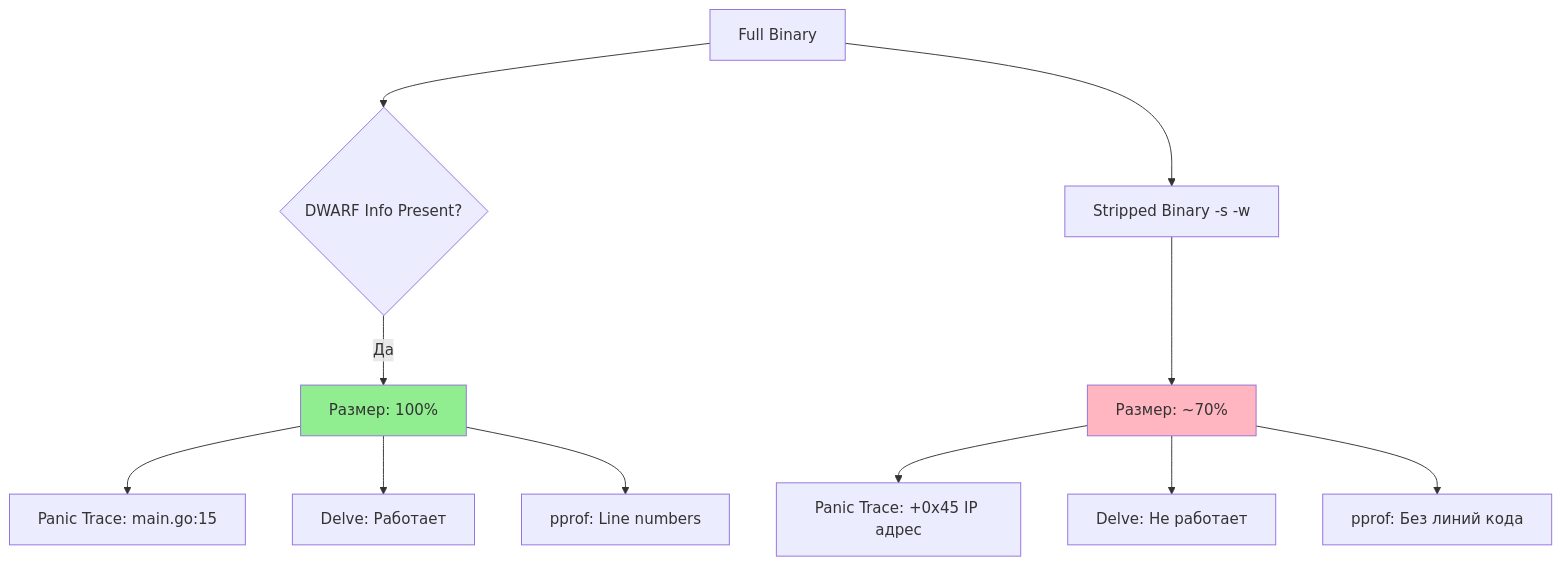
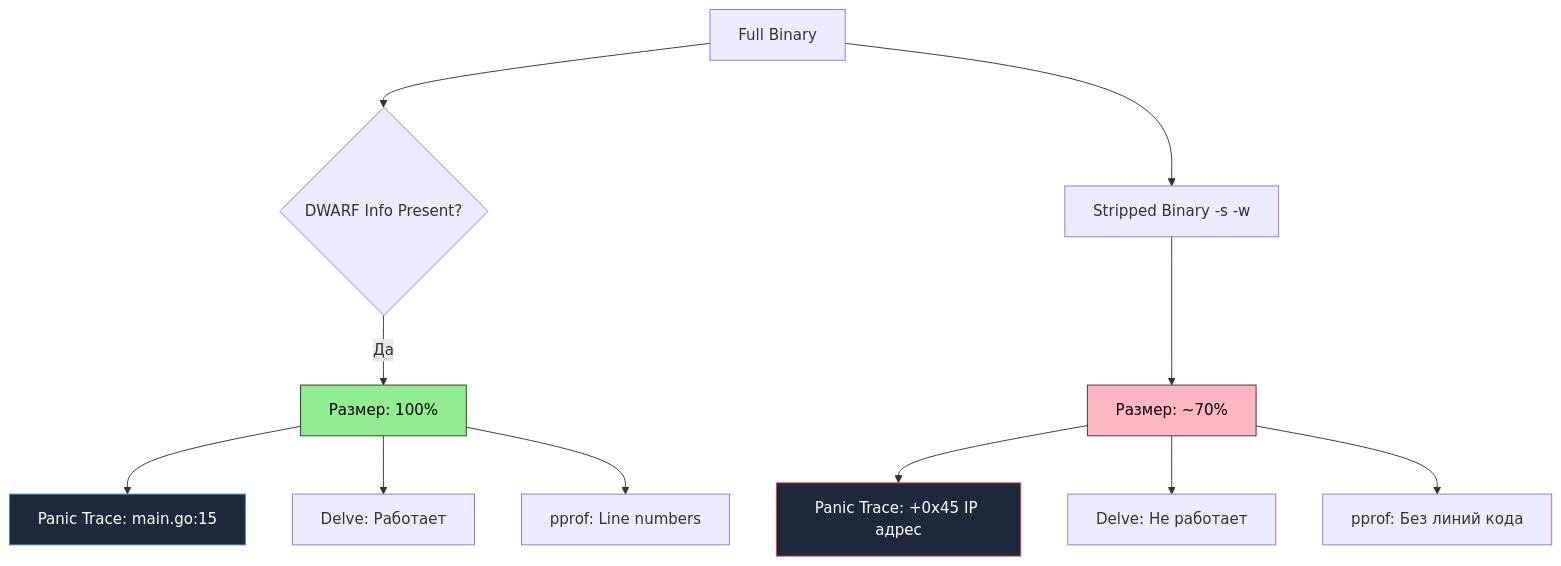
The diagram in sources/8. Инфраструктура языка, Тулинг и CI_CD/35. Debug сборки и символы.md (UnrealTemplier/go-textbook), drawn with Mermaid before and after one commit. The commit also changed other lines of this file, not shown here.

````diff
--- a/sources/8. Инфраструктура языка, Тулинг и CI_CD/35. Debug сборки и символы.md
+++ b/sources/8. Инфраструктура языка, Тулинг и CI_CD/35. Debug сборки и символы.md
@@ -36,17 +48,19 @@
 ```mermaid
 flowchart TD
     A["Full Binary"] --> B{DWARF Info Present?}
     B -- "Да" --> C["Размер: 100%"]
     C --> D["Panic Trace: main.go:15"]
     C --> E["Delve: Работает"]
     C --> F["pprof: Line numbers"]
     
     A --> G["Stripped Binary -s -w"]
     G --> H["Размер: ~70%"]
     H --> I["Panic Trace: +0x45 IP адрес"]
     H --> J["Delve: Не работает"]
     H --> K["pprof: Без линий кода"]
     
-    style C fill:#90EE90
-    style H fill:#FFB6C1
+    style C fill:#90EE90,stroke:#333,color:#000
+    style H fill:#FFB6C1,stroke:#333,color:#000
+    style D fill:#1e293b,stroke:#3b82f6,color:#fff
+    style I fill:#1e293b,stroke:#ef4444,color:#fff
 ```
````
